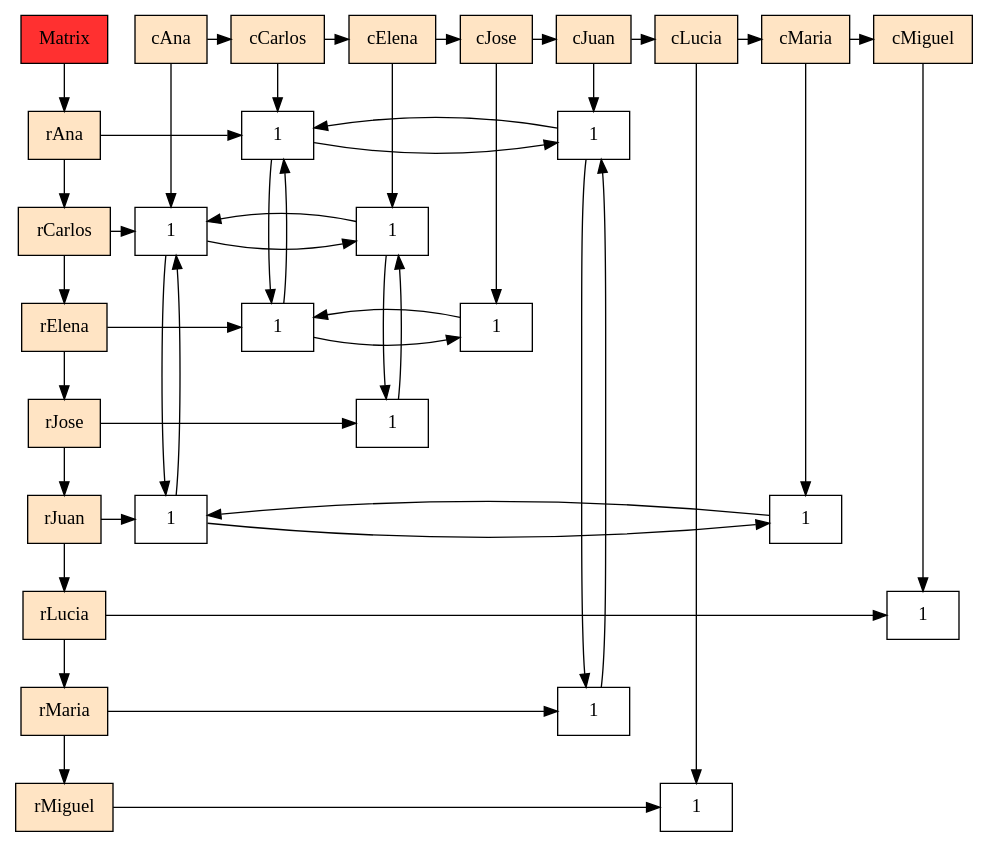
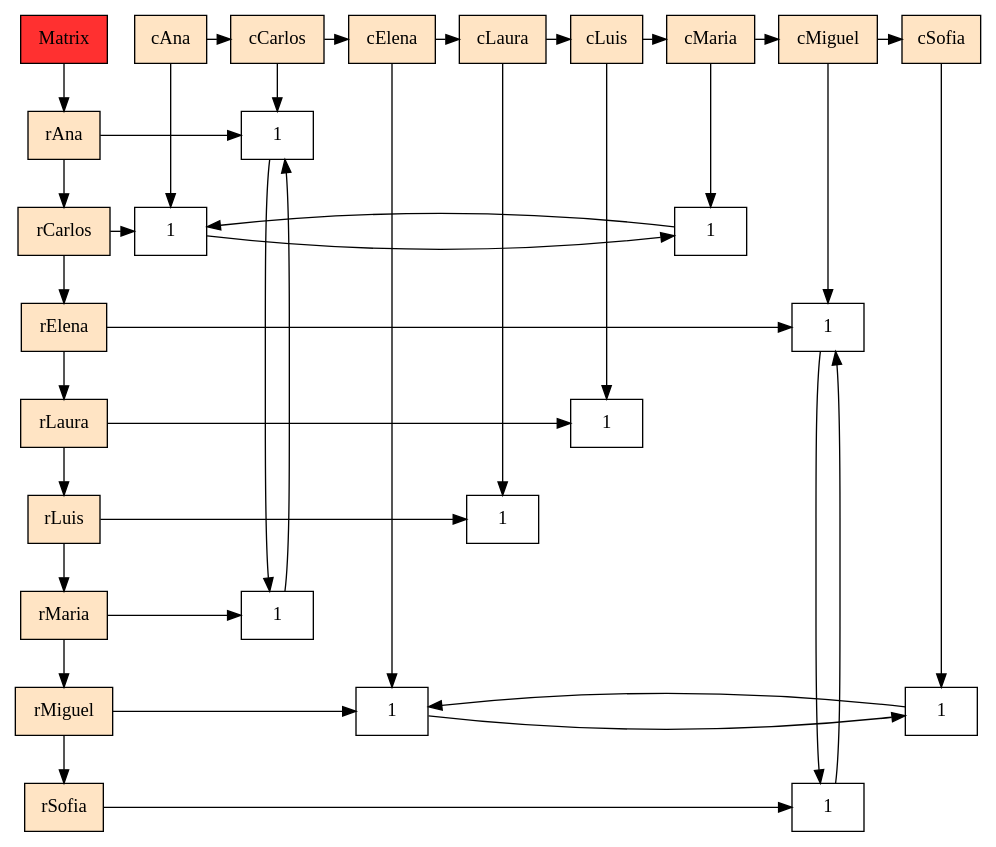
Before and after one commit to AbdielOtzoy/-EDD-Proyecto_202300350: the diagram in fase1/graph_matrix.dot, drawn with Graphviz. The commit also changed 20 other files, not shown here.

```diff
--- a/fase1/graph_matrix.dot
+++ b/fase1/graph_matrix.dot
@@ -1,88 +1,78 @@
 digraph G{
   node[shape=box];
   MTX[ label = "Matrix", style = filled, fillcolor = firebrick1, group = 0 ];
   "cAna" [label = "cAna"  style = filled, fillcolor = bisque1, group = Ana ];
   "cCarlos" [label = "cCarlos"  style = filled, fillcolor = bisque1, group = Carlos ];
   "cElena" [label = "cElena"  style = filled, fillcolor = bisque1, group = Elena ];
-  "cJose" [label = "cJose"  style = filled, fillcolor = bisque1, group = Jose ];
-  "cJuan" [label = "cJuan"  style = filled, fillcolor = bisque1, group = Juan ];
-  "cLucia" [label = "cLucia"  style = filled, fillcolor = bisque1, group = Lucia ];
+  "cLaura" [label = "cLaura"  style = filled, fillcolor = bisque1, group = Laura ];
+  "cLuis" [label = "cLuis"  style = filled, fillcolor = bisque1, group = Luis ];
   "cMaria" [label = "cMaria"  style = filled, fillcolor = bisque1, group = Maria ];
   "cMiguel" [label = "cMiguel"  style = filled, fillcolor = bisque1, group = Miguel ];
+  "cSofia" [label = "cSofia"  style = filled, fillcolor = bisque1, group = Sofia ];
   "rAna" [label = "rAna"  style = filled, fillcolor = bisque1, group = 0 ];
   "rCarlos" [label = "rCarlos"  style = filled, fillcolor = bisque1, group = 0 ];
   "rElena" [label = "rElena"  style = filled, fillcolor = bisque1, group = 0 ];
-  "rJose" [label = "rJose"  style = filled, fillcolor = bisque1, group = 0 ];
-  "rJuan" [label = "rJuan"  style = filled, fillcolor = bisque1, group = 0 ];
-  "rLucia" [label = "rLucia"  style = filled, fillcolor = bisque1, group = 0 ];
+  "rLaura" [label = "rLaura"  style = filled, fillcolor = bisque1, group = 0 ];
+  "rLuis" [label = "rLuis"  style = filled, fillcolor = bisque1, group = 0 ];
   "rMaria" [label = "rMaria"  style = filled, fillcolor = bisque1, group = 0 ];
   "rMiguel" [label = "rMiguel"  style = filled, fillcolor = bisque1, group = 0 ];
-  { rank = same; "MTX";"cAna";"cCarlos";"cElena";"cJose";"cJuan";"cLucia";"cMaria";"cMiguel";};
-  { rank = same; "rAna";"1577373622896";"1577373247504";};
-  { rank = same; "rCarlos";"1577373622784";"1577373248176";};
-  { rank = same; "rElena";"1577373248064";"1577373623344";};
-  { rank = same; "rJose";"1577373623232";};
-  { rank = same; "rJuan";"1577373247952";"1577373628624";};
-  { rank = same; "rLucia";"1577373249072";};
-  { rank = same; "rMaria";"1577373622416";};
-  { rank = same; "rMiguel";"1577373247392";};
-  "1577373622896" [label = "1" group = Carlos];
-  "1577373247504" [label = "1" group = Juan];
-  "1577373622784" [label = "1" group = Ana];
-  "1577373248176" [label = "1" group = Elena];
-  "1577373248064" [label = "1" group = Carlos];
-  "1577373623344" [label = "1" group = Jose];
-  "1577373623232" [label = "1" group = Elena];
-  "1577373247952" [label = "1" group = Ana];
-  "1577373628624" [label = "1" group = Maria];
-  "1577373249072" [label = "1" group = Miguel];
-  "1577373622416" [label = "1" group = Juan];
-  "1577373247392" [label = "1" group = Lucia];
+  "rSofia" [label = "rSofia"  style = filled, fillcolor = bisque1, group = 0 ];
+  { rank = same; "MTX";"cAna";"cCarlos";"cElena";"cLaura";"cLuis";"cMaria";"cMiguel";"cSofia";};
+  { rank = same; "rAna";"2288720379232";};
+  { rank = same; "rCarlos";"2288720379120";"2288720378768";};
+  { rank = same; "rElena";"2288720379536";};
+  { rank = same; "rLaura";"2288720392416";};
+  { rank = same; "rLuis";"2288720391632";};
+  { rank = same; "rMaria";"2288720378880";};
+  { rank = same; "rMiguel";"2288720379648";"2288720392080";};
+  { rank = same; "rSofia";"2288720391856";};
+  "2288720379232" [label = "1" group = Carlos];
+  "2288720379120" [label = "1" group = Ana];
+  "2288720378768" [label = "1" group = Maria];
+  "2288720379536" [label = "1" group = Miguel];
+  "2288720392416" [label = "1" group = Luis];
+  "2288720391632" [label = "1" group = Laura];
+  "2288720378880" [label = "1" group = Carlos];
+  "2288720379648" [label = "1" group = Elena];
+  "2288720392080" [label = "1" group = Sofia];
+  "2288720391856" [label = "1" group = Miguel];
   "cAna" -> "cCarlos";
   "cCarlos" -> "cElena";
-  "cElena" -> "cJose";
-  "cJose" -> "cJuan";
-  "cJuan" -> "cLucia";
-  "cLucia" -> "cMaria";
+  "cElena" -> "cLaura";
+  "cLaura" -> "cLuis";
+  "cLuis" -> "cMaria";
   "cMaria" -> "cMiguel";
+  "cMiguel" -> "cSofia";
   "MTX" -> "rAna";
   "rAna" -> "rCarlos";
-  "rAna" -> "1577373622896";
-  "1577373622896" -> "1577373247504";
-  "1577373622896" -> "1577373248064";
-  "cCarlos" -> "1577373622896";
-  "1577373247504" -> "1577373622896";
-  "1577373247504" -> "1577373622416";
-  "cJuan" -> "1577373247504";
+  "rAna" -> "2288720379232";
+  "2288720379232" -> "2288720378880";
+  "cCarlos" -> "2288720379232";
   "rCarlos" -> "rElena";
-  "rCarlos" -> "1577373622784";
-  "1577373622784" -> "1577373248176";
-  "1577373622784" -> "1577373247952";
-  "cAna" -> "1577373622784";
-  "1577373248176" -> "1577373622784";
-  "1577373248176" -> "1577373623232";
-  "cElena" -> "1577373248176";
-  "rElena" -> "rJose";
-  "rElena" -> "1577373248064";
-  "1577373248064" -> "1577373623344";
-  "1577373248064" -> "1577373622896";
-  "1577373623344" -> "1577373248064";
-  "cJose" -> "1577373623344";
-  "rJose" -> "rJuan";
-  "rJose" -> "1577373623232";
-  "1577373623232" -> "1577373248176";
-  "rJuan" -> "rLucia";
-  "rJuan" -> "1577373247952";
-  "1577373247952" -> "1577373628624";
-  "1577373247952" -> "1577373622784";
-  "1577373628624" -> "1577373247952";
-  "cMaria" -> "1577373628624";
-  "rLucia" -> "rMaria";
-  "rLucia" -> "1577373249072";
-  "cMiguel" -> "1577373249072";
+  "rCarlos" -> "2288720379120";
+  "2288720379120" -> "2288720378768";
+  "cAna" -> "2288720379120";
+  "2288720378768" -> "2288720379120";
+  "cMaria" -> "2288720378768";
+  "rElena" -> "rLaura";
+  "rElena" -> "2288720379536";
+  "2288720379536" -> "2288720391856";
+  "cMiguel" -> "2288720379536";
+  "rLaura" -> "rLuis";
+  "rLaura" -> "2288720392416";
+  "cLuis" -> "2288720392416";
+  "rLuis" -> "rMaria";
+  "rLuis" -> "2288720391632";
+  "cLaura" -> "2288720391632";
   "rMaria" -> "rMiguel";
-  "rMaria" -> "1577373622416";
-  "1577373622416" -> "1577373247504";
-  "rMiguel" -> "1577373247392";
-  "cLucia" -> "1577373247392";
+  "rMaria" -> "2288720378880";
+  "2288720378880" -> "2288720379232";
+  "rMiguel" -> "rSofia";
+  "rMiguel" -> "2288720379648";
+  "2288720379648" -> "2288720392080";
+  "cElena" -> "2288720379648";
+  "2288720392080" -> "2288720379648";
+  "cSofia" -> "2288720392080";
+  "rSofia" -> "2288720391856";
+  "2288720391856" -> "2288720379536";
 }
```
